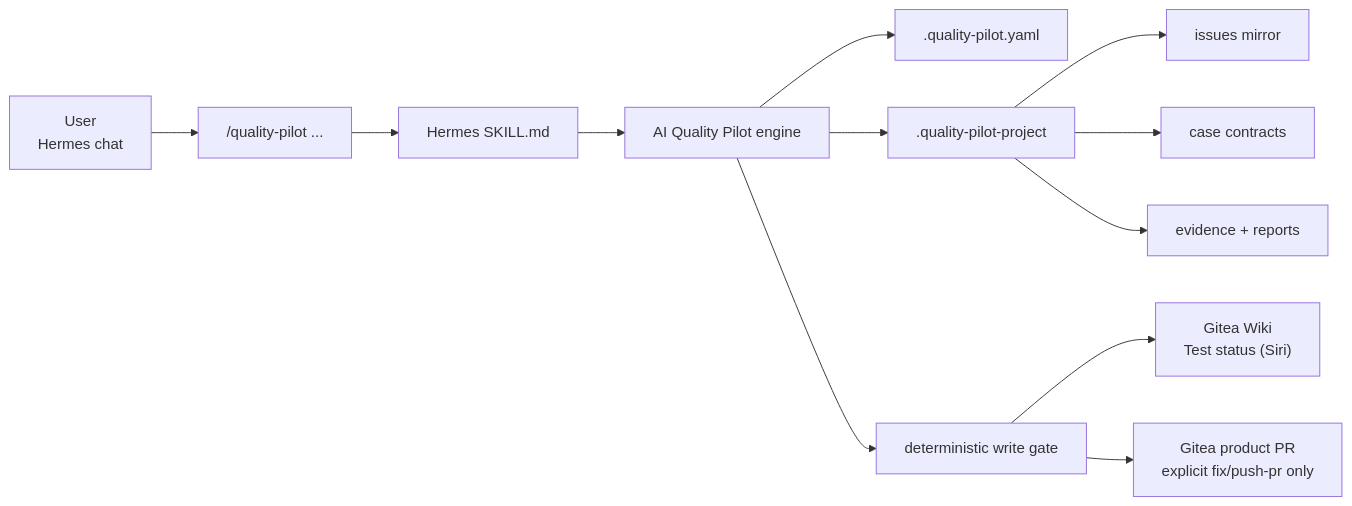
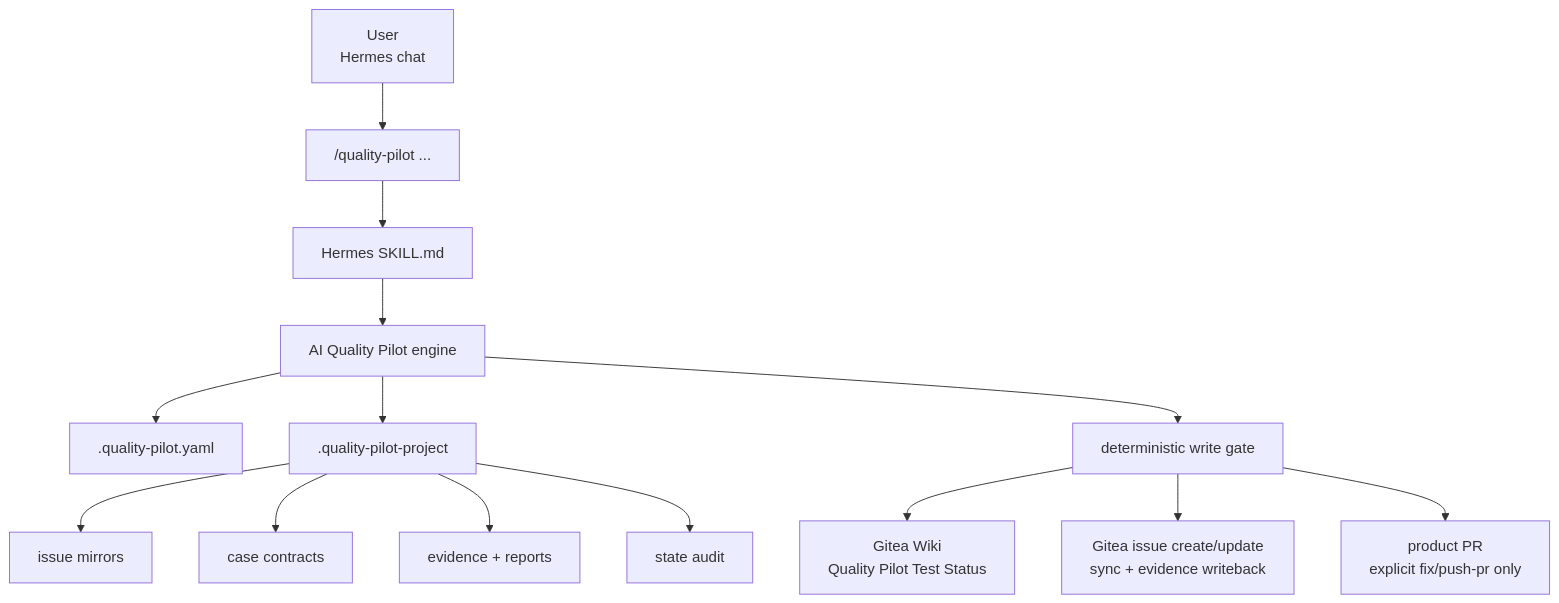
One commit to siriChiu/quality-assurance-AI-system-testing changed the second of 2 diagrams in README.md. Above: the diagram before and after it, drawn with Mermaid. The commit also changed other lines of this file and 30 other files, not shown here.

````diff
--- a/README.md
+++ b/README.md
@@ -24,14 +73,16 @@
 ```mermaid
-flowchart LR
+flowchart TD
   U["User<br/>Hermes chat"] --> H["/quality-pilot ..."]
   H --> S["Hermes SKILL.md"]
   S --> E["AI Quality Pilot engine"]
   E --> C[".quality-pilot.yaml"]
   E --> W[".quality-pilot-project"]
-  W --> I["issues mirror"]
+  W --> I["issue mirrors"]
   W --> T["case contracts"]
   W --> V["evidence + reports"]
+  W --> A["state audit"]
   E --> G["deterministic write gate"]
-  G --> Wiki["Gitea Wiki<br/>Test status (Siri)"]
-  G --> PR["Gitea product PR<br/>explicit fix/push-pr only"]
+  G --> Wiki["Gitea Wiki<br/>Quality Pilot Test Status"]
+  G --> Issue["Gitea issue create/update<br/>sync + evidence writeback"]
+  G --> PR["product PR<br/>explicit fix/push-pr only"]
 ```
````
